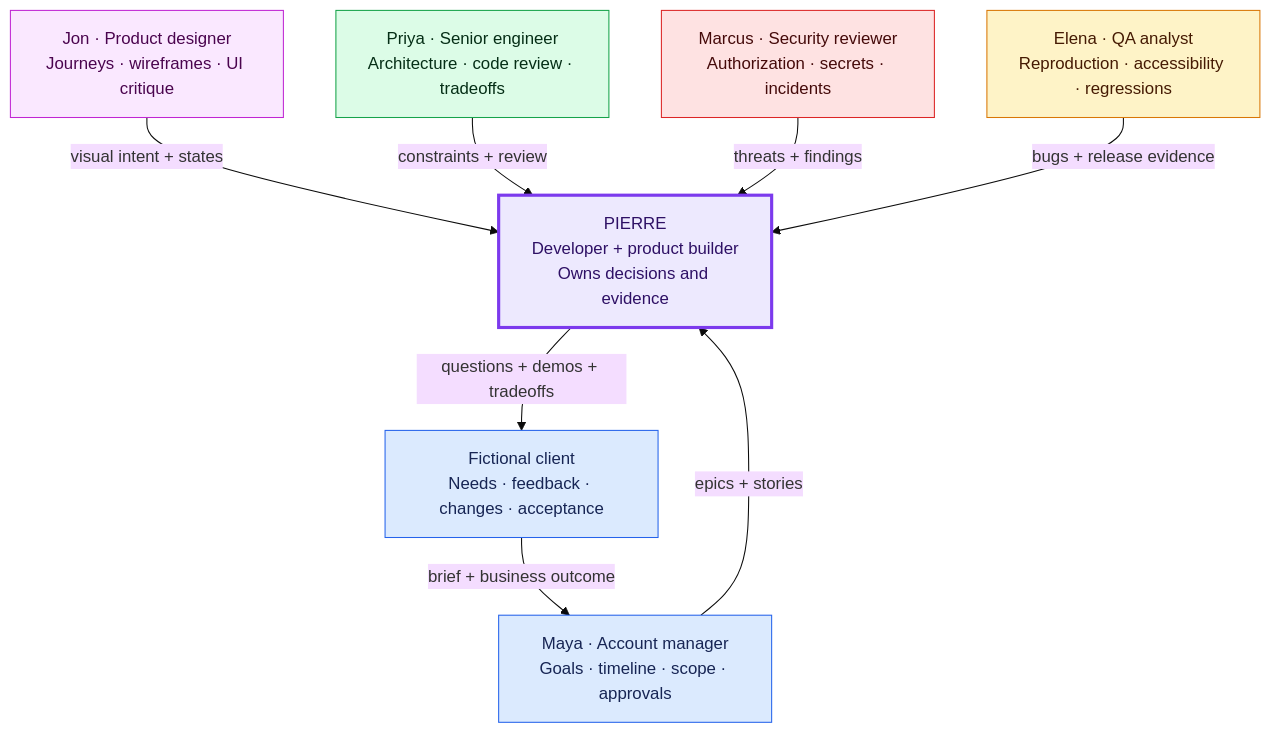
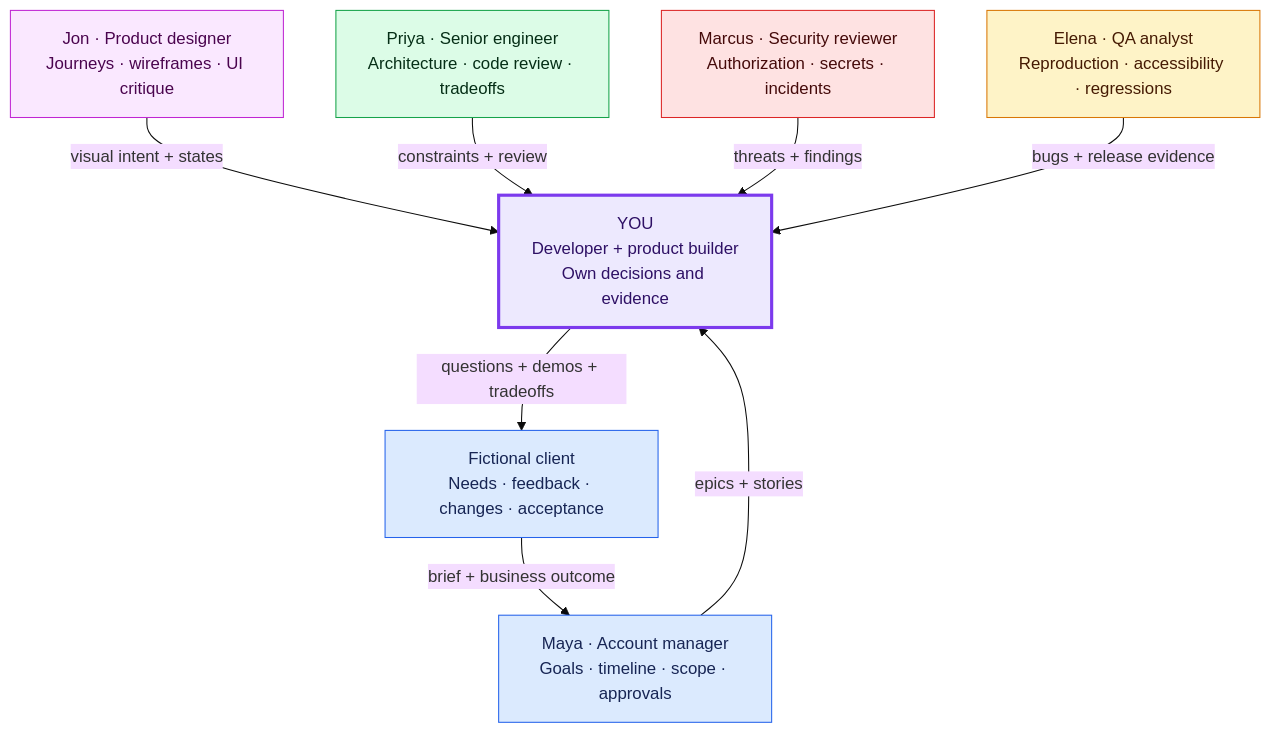
The fourth of 16 diagrams in README.md (saliftankoano/pierre-build-program), drawn with Mermaid (base theme) before and after one commit. The commit also changed other lines of this file and 110 other files, not shown here.

````diff
--- a/README.md
+++ b/README.md
@@ -109,31 +111,31 @@
 ```mermaid
 flowchart TB
-    P["PIERRE<br/>Developer + product builder<br/>Owns decisions and evidence"]
+    P["YOU<br/>Developer + product builder<br/>Own decisions and evidence"]
     M["Maya · Account manager<br/>Goals · timeline · scope · approvals"]
     J["Jon · Product designer<br/>Journeys · wireframes · UI critique"]
     R["Priya · Senior engineer<br/>Architecture · code review · tradeoffs"]
     S["Marcus · Security reviewer<br/>Authorization · secrets · incidents"]
     Q["Elena · QA analyst<br/>Reproduction · accessibility · regressions"]
     C["Fictional client<br/>Needs · feedback · changes · acceptance"]
 
     C -->|"brief + business outcome"| M
     M -->|"epics + stories"| P
     J -->|"visual intent + states"| P
     R -->|"constraints + review"| P
     S -->|"threats + findings"| P
     Q -->|"bugs + release evidence"| P
     P -->|"questions + demos + tradeoffs"| C
 
-    classDef learner fill:#ede9fe,stroke:#7c3aed,color:#2e1065,stroke-width:3px;
+    classDef owner fill:#ede9fe,stroke:#7c3aed,color:#2e1065,stroke-width:3px;
     classDef product fill:#dbeafe,stroke:#2563eb,color:#172554;
     classDef design fill:#fae8ff,stroke:#c026d3,color:#4a044e;
     classDef engineering fill:#dcfce7,stroke:#16a34a,color:#052e16;
     classDef security fill:#fee2e2,stroke:#dc2626,color:#450a0a;
     classDef qa fill:#fef3c7,stroke:#d97706,color:#451a03;
-    class P learner;
+    class P owner;
     class M,C product;
     class J design;
     class R engineering;
     class S security;
     class Q qa;
 ```
````
